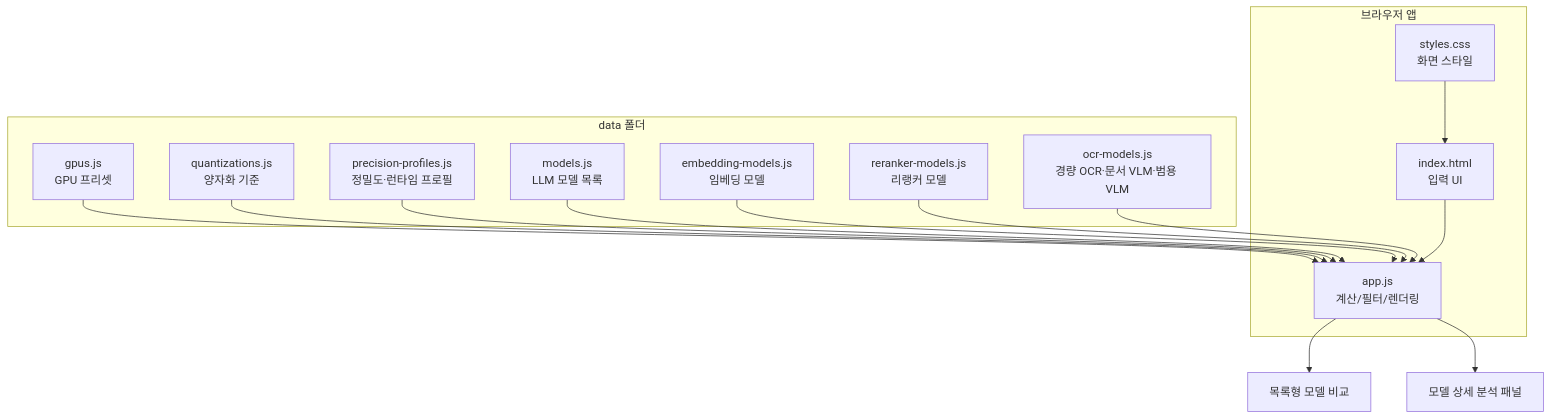
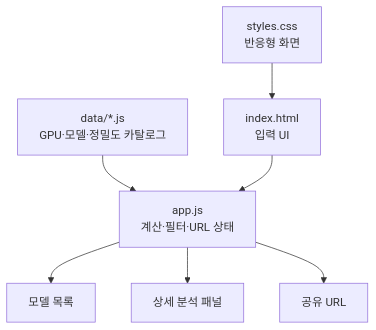
Before and after one commit to jaeseok614/llm-gpu-checker-ko: the fifth of 5 diagrams in README.md, drawn with Mermaid. The commit also changed other lines of this file and 1 other file, not shown here.

Commit message:
Improve README diagram readability

````diff
--- a/README.md
+++ b/README.md
@@ -623,30 +613,17 @@
 ```mermaid
 flowchart TB
-  subgraph Data[data 폴더]
-    G[gpus.js<br/>GPU 프리셋]
-    Q[quantizations.js<br/>양자화 기준]
-    P[precision-profiles.js<br/>정밀도·런타임 프로필]
-    M[models.js<br/>LLM 모델 목록]
-    E[embedding-models.js<br/>임베딩 모델]
-    R[reranker-models.js<br/>리랭커 모델]
-    O[ocr-models.js<br/>경량 OCR·문서 VLM·범용 VLM]
-  end
+  A["data/*.js<br/>GPU·모델·정밀도 카탈로그"]
+  B["app.js<br/>계산·필터·URL 상태"]
+  C["index.html<br/>입력 UI"]
+  D["styles.css<br/>반응형 화면"]
+  E["모델 목록"]
+  F["상세 분석 패널"]
+  G["공유 URL"]
 
-  subgraph App[브라우저 앱]
-    UI[index.html<br/>입력 UI]
-    Logic[app.js<br/>계산/필터/렌더링]
-    Style[styles.css<br/>화면 스타일]
-  end
-
-  G --> Logic
-  Q --> Logic
-  P --> Logic
-  M --> Logic
-  E --> Logic
-  R --> Logic
-  O --> Logic
-  UI --> Logic
-  Style --> UI
-  Logic --> List[목록형 모델 비교]
-  Logic --> Detail[모델 상세 분석 패널]
+  A --> B
+  C --> B
+  D --> C
+  B --> E
+  B --> F
+  B --> G
 ```
````
